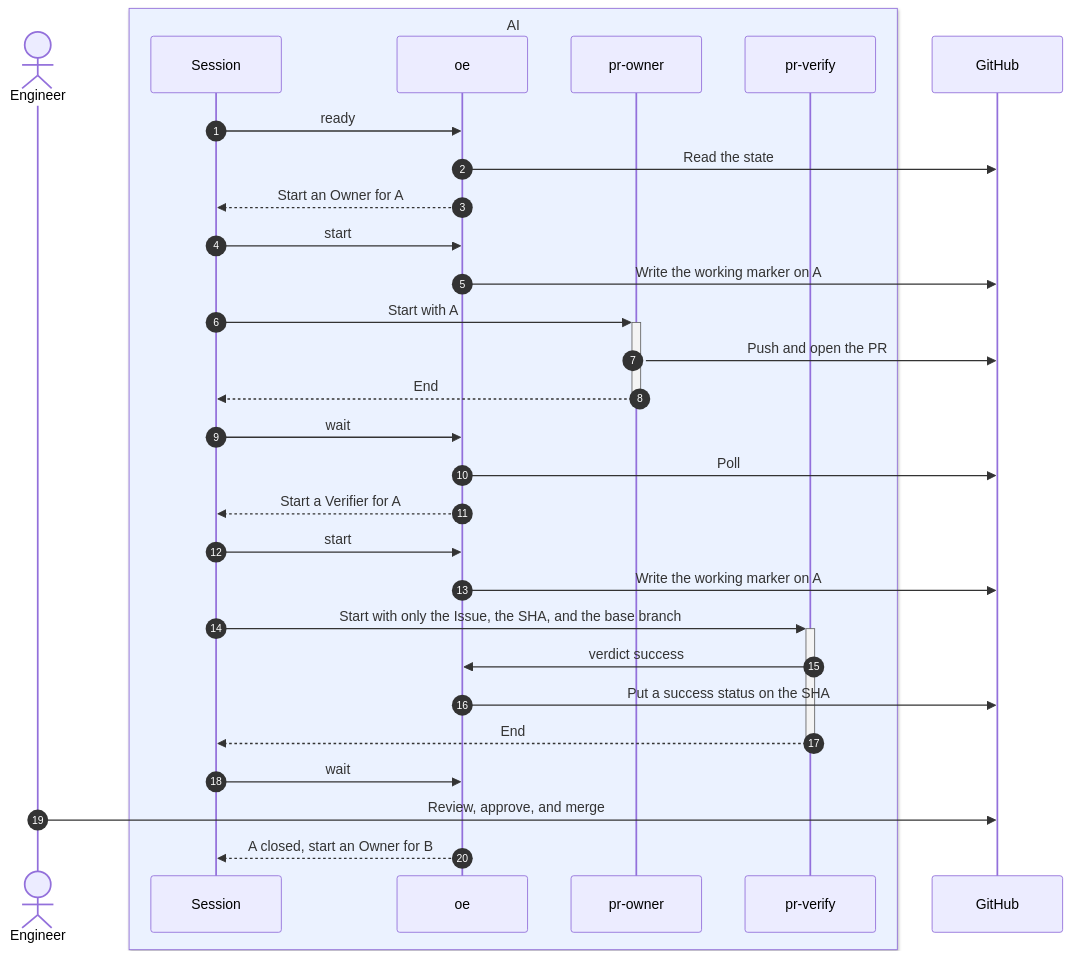
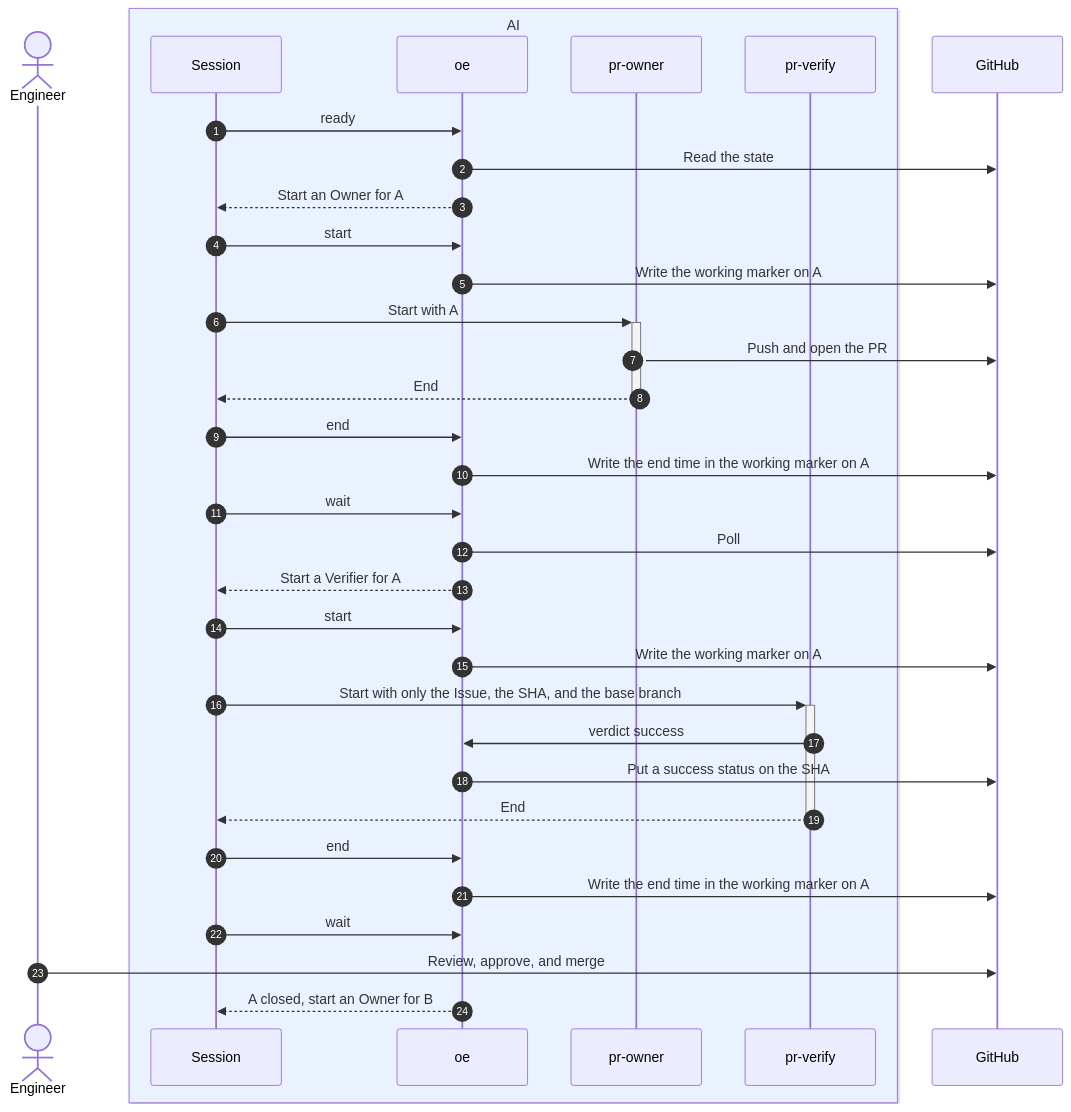
One commit to maro114510/skills changed the second of 2 diagrams in docs/design/orchestrate-epic.md. Above: the diagram before and after it, drawn with Mermaid. The commit also changed other lines of this file, not shown here.

First line of the commit message:
docs(orchestrate-epic): end the working marker when the agent ends

````diff
--- a/docs/design/orchestrate-epic.md
+++ b/docs/design/orchestrate-epic.md
@@ -159,32 +163,36 @@
 ```mermaid
 sequenceDiagram
   autonumber
   actor H as Engineer
   box rgb(235,242,255) AI
     participant O as Session
     participant E as oe
     participant W as pr-owner
     participant V as pr-verify
   end
   participant G as GitHub
   O->>E: ready
   E->>G: Read the state
   E-->>O: Start an Owner for A
   O->>E: start
   E->>G: Write the working marker on A
   O->>+W: Start with A
   W->>G: Push and open the PR
   W-->>-O: End
+  O->>E: end
+  E->>G: Write the end time in the working marker on A
   O->>E: wait
   E->>G: Poll
   E-->>O: Start a Verifier for A
   O->>E: start
   E->>G: Write the working marker on A
   O->>+V: Start with only the Issue, the SHA, and the base branch
   V->>E: verdict success
   E->>G: Put a success status on the SHA
   V-->>-O: End
+  O->>E: end
+  E->>G: Write the end time in the working marker on A
   O->>E: wait
   H->>G: Review, approve, and merge
   E-->>O: A closed, start an Owner for B
 ```
````
